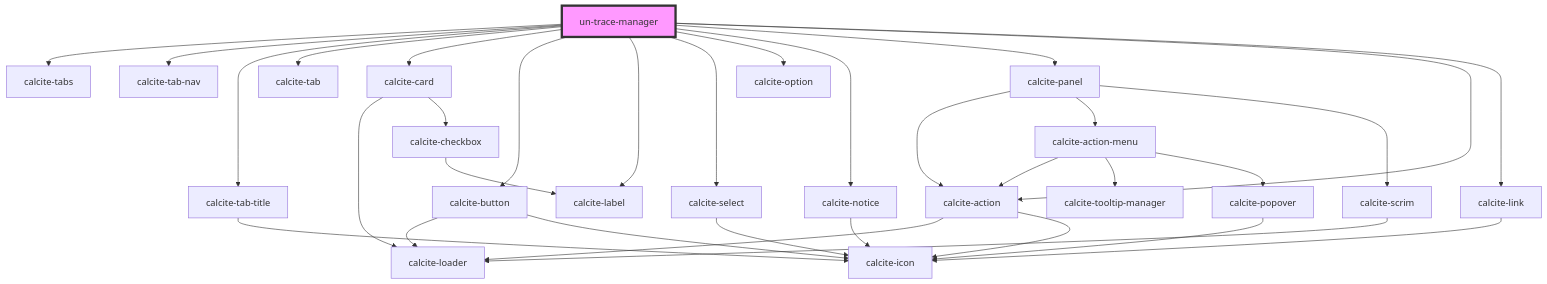
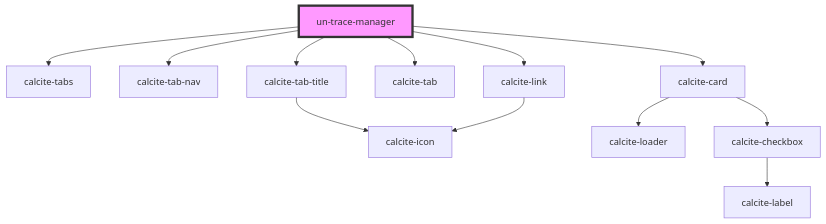
Before and after one commit to epekcan/solutions-widget-utility-network-trace: the diagram in un-web-component/src/components/un-trace-manager/readme.md, drawn with Mermaid. The commit also changed other lines of this file and 4 other files, not shown here.

````diff
--- a/un-web-component/src/components/un-trace-manager/readme.md
+++ b/un-web-component/src/components/un-trace-manager/readme.md
@@ -55,36 +47,15 @@
 ```mermaid
 graph TD;
   un-trace-manager --> calcite-tabs
   un-trace-manager --> calcite-tab-nav
   un-trace-manager --> calcite-tab-title
   un-trace-manager --> calcite-tab
   un-trace-manager --> calcite-card
-  un-trace-manager --> calcite-button
-  un-trace-manager --> calcite-label
-  un-trace-manager --> calcite-select
-  un-trace-manager --> calcite-option
-  un-trace-manager --> calcite-notice
-  un-trace-manager --> calcite-panel
-  un-trace-manager --> calcite-action
   un-trace-manager --> calcite-link
   calcite-tab-title --> calcite-icon
   calcite-card --> calcite-loader
   calcite-card --> calcite-checkbox
   calcite-checkbox --> calcite-label
-  calcite-button --> calcite-loader
-  calcite-button --> calcite-icon
-  calcite-select --> calcite-icon
-  calcite-notice --> calcite-icon
-  calcite-panel --> calcite-action
-  calcite-panel --> calcite-action-menu
-  calcite-panel --> calcite-scrim
-  calcite-action --> calcite-loader
-  calcite-action --> calcite-icon
-  calcite-action-menu --> calcite-action
-  calcite-action-menu --> calcite-tooltip-manager
-  calcite-action-menu --> calcite-popover
-  calcite-popover --> calcite-icon
-  calcite-scrim --> calcite-loader
   calcite-link --> calcite-icon
   style un-trace-manager fill:#f9f,stroke:#333,stroke-width:4px
 ```
````
